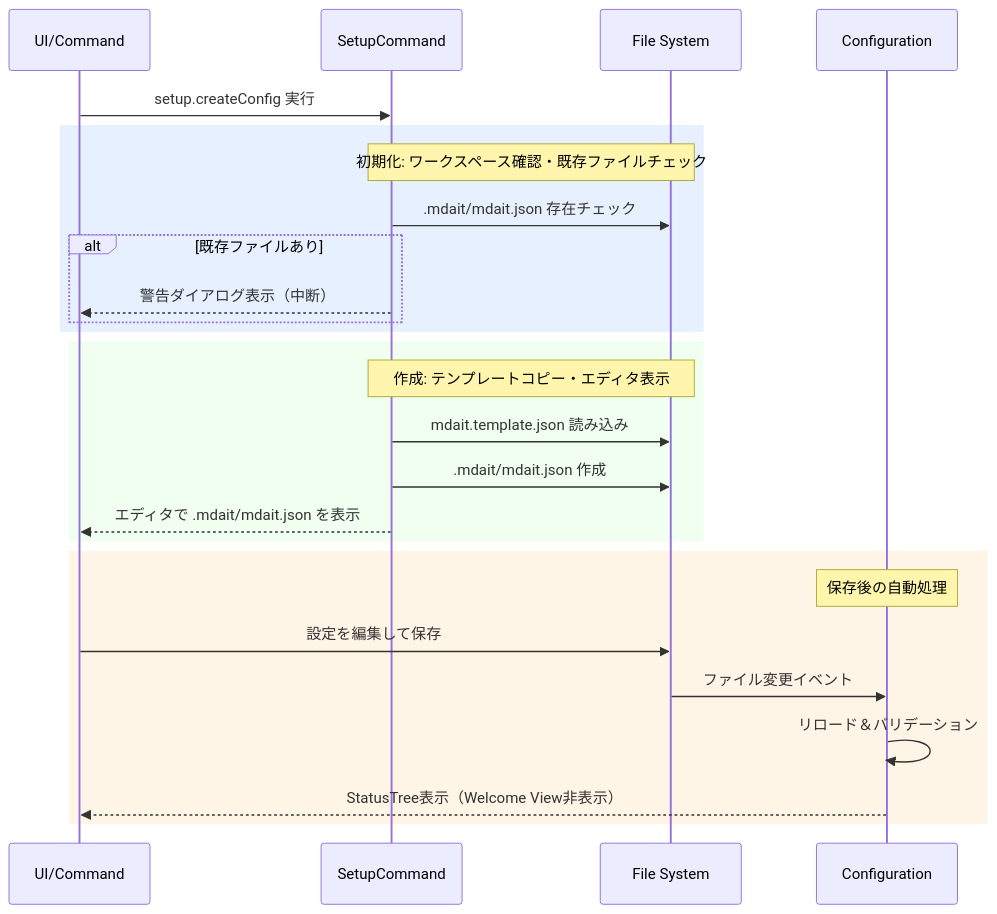
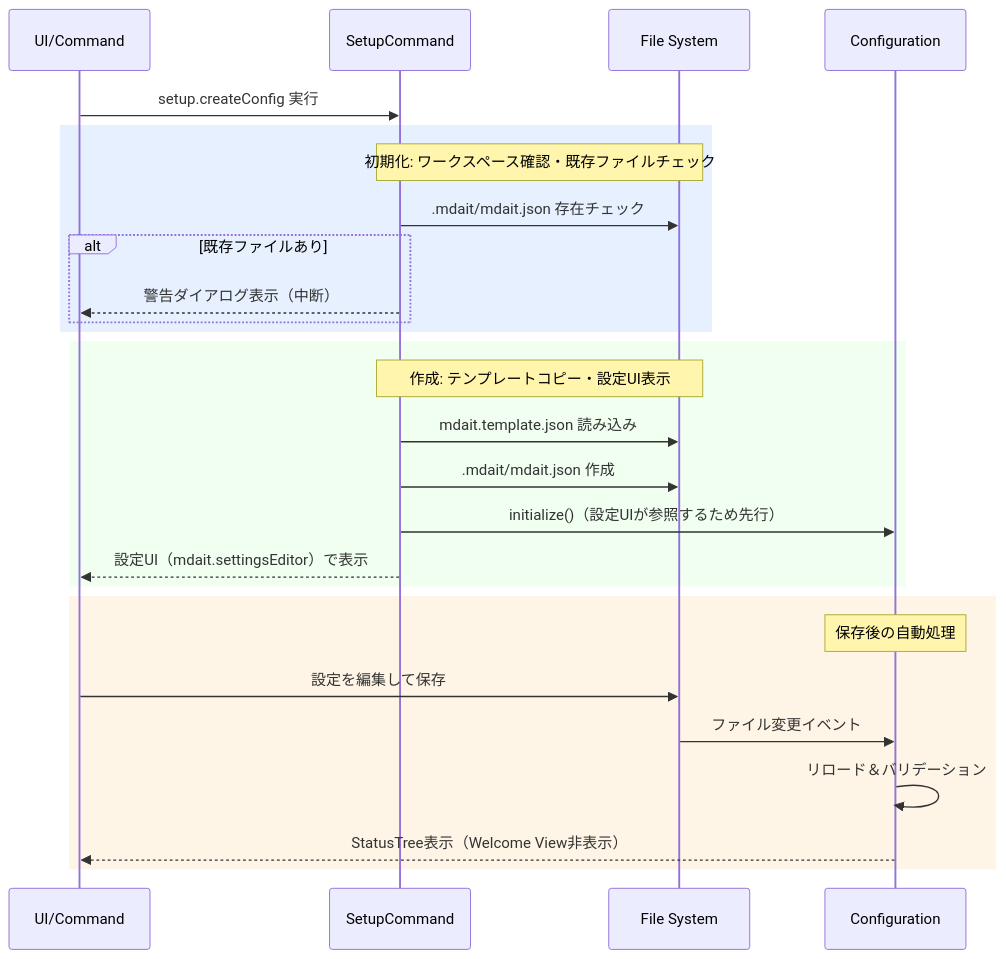
The first of 2 diagrams in docs/design/command_setup.md (mochimochiki/mdait), drawn with Mermaid before and after one commit. The commit also changed other lines of this file and 6 other files, not shown here.

````diff
--- a/docs/design/command_setup.md
+++ b/docs/design/command_setup.md
@@ -72,32 +72,33 @@
 ```mermaid
 sequenceDiagram
     participant User as UI/Command
     participant Cmd as SetupCommand
     participant FS as File System
     participant Cfg as Configuration
 
     User->>Cmd: setup.createConfig 実行
 
     rect rgb(230, 240, 255)
         Note over Cmd,FS: 初期化: ワークスペース確認・既存ファイルチェック
         Cmd->>FS: .mdait/mdait.json 存在チェック
         alt 既存ファイルあり
             Cmd-->>User: 警告ダイアログ表示（中断）
         end
     end
 
     rect rgb(240, 255, 240)
-        Note over Cmd,FS: 作成: テンプレートコピー・エディタ表示
+        Note over Cmd,FS: 作成: テンプレートコピー・設定UI表示
         Cmd->>FS: mdait.template.json 読み込み
         Cmd->>FS: .mdait/mdait.json 作成
-        Cmd-->>User: エディタで .mdait/mdait.json を表示
+        Cmd->>Cfg: initialize()（設定UIが参照するため先行）
+        Cmd-->>User: 設定UI（mdait.settingsEditor）で表示
     end
 
     rect rgb(255, 245, 230)
         Note over Cfg: 保存後の自動処理
         User->>FS: 設定を編集して保存
         FS->>Cfg: ファイル変更イベント
         Cfg->>Cfg: リロード＆バリデーション
         Cfg-->>User: StatusTree表示（Welcome View非表示）
     end
 ```
````
